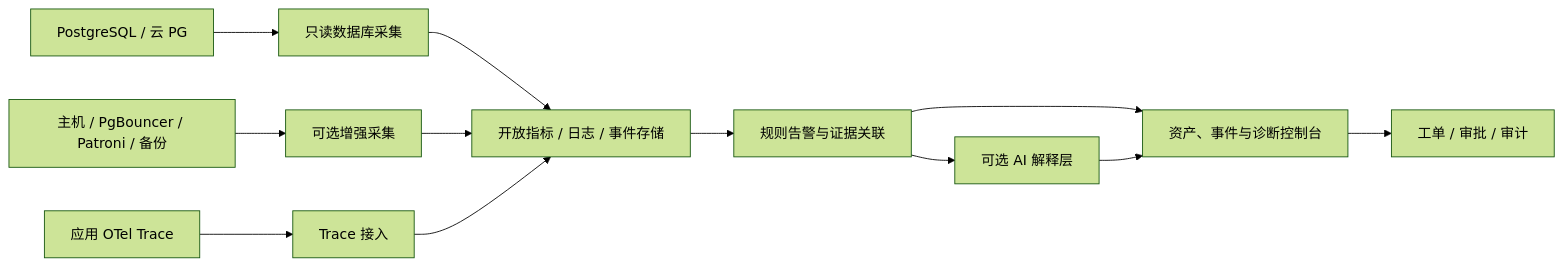
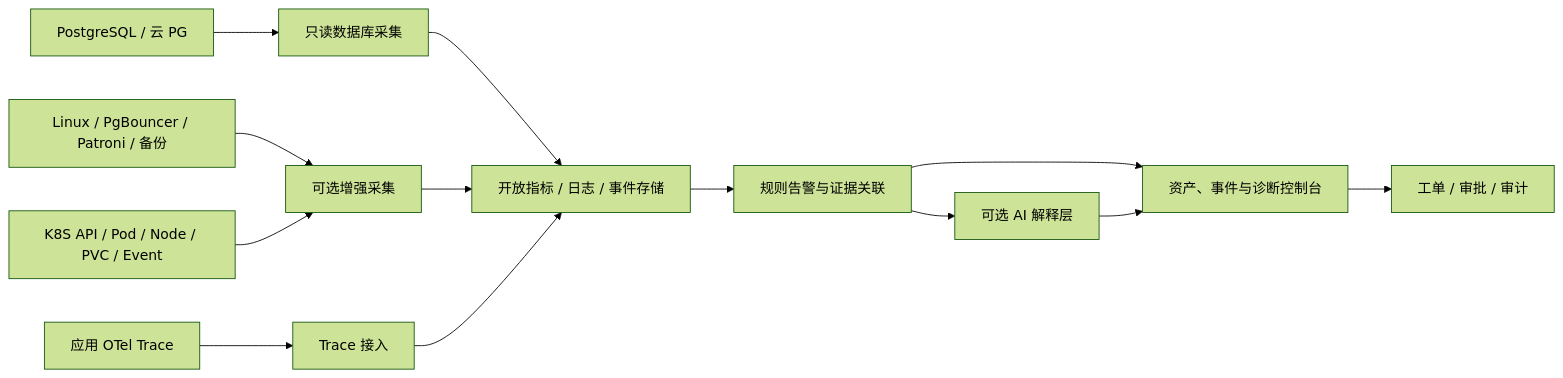
Before and after one commit to cuipengdba/DbSphere: the diagram in docs/PRODUCT_DESIGN.md, drawn with Mermaid (forest theme). The commit also changed other lines of this file and 4 other files, not shown here.

Commit message:
docs: add PG14 K8s Linux and browser architecture roadmap

````diff
--- a/docs/PRODUCT_DESIGN.md
+++ b/docs/PRODUCT_DESIGN.md
@@ -77,14 +78,15 @@
 ```mermaid
 flowchart LR
   PG[PostgreSQL / 云 PG] --> C[只读数据库采集]
-  X[主机 / PgBouncer / Patroni / 备份] --> E[可选增强采集]
+  X[Linux / PgBouncer / Patroni / 备份] --> E[可选增强采集]
+  K[K8S API / Pod / Node / PVC / Event] --> E
   APP[应用 OTel Trace] --> T[Trace 接入]
   C --> O[开放指标 / 日志 / 事件存储]
   E --> O
   T --> O
   O --> R[规则告警与证据关联]
   R --> U[资产、事件与诊断控制台]
   R --> AI[可选 AI 解释层]
   AI --> U
   U --> W[工单 / 审批 / 审计]
 ```
````
